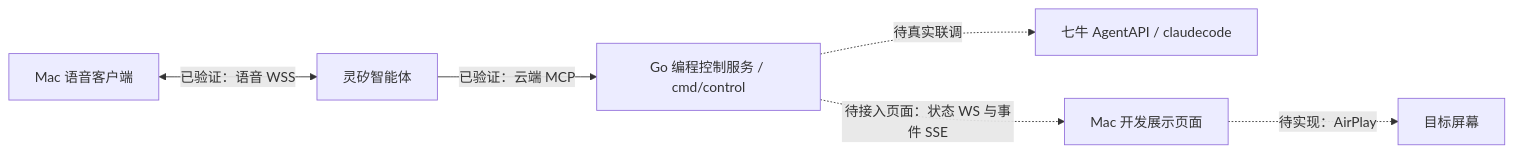
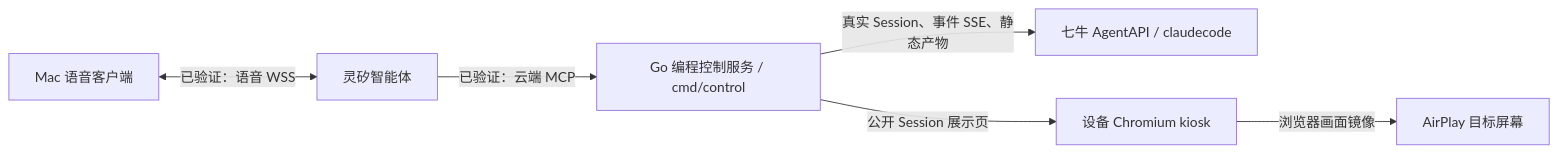
The third of 3 diagrams in docs/voice-connection-flow.md (wwcchh0123/hackathonGO-2026), drawn with Mermaid before and after one commit. The commit also changed other lines of this file and 20 other files, not shown here.

First line of the commit message:
feat: add Linxi device MCP AirPlay flow

````diff
--- a/docs/voice-connection-flow.md
+++ b/docs/voice-connection-flow.md
@@ -162,8 +162,8 @@
 ```mermaid
 flowchart LR
   Mac[Mac 语音客户端] <-->|已验证：语音 WSS| Linx[灵矽智能体]
   Linx -->|已验证：云端 MCP| Control[Go 编程控制服务 / cmd/control]
-  Control -.->|待真实联调| Agent[七牛 AgentAPI / claudecode]
-  Control -.->|待接入页面：状态 WS 与事件 SSE| Display[Mac 开发展示页面]
-  Display -.->|待实现：AirPlay| Screen[目标屏幕]
+  Control -->|真实 Session、事件 SSE、静态产物| Agent[七牛 AgentAPI / claudecode]
+  Control -->|公开 Session 展示页| Display[设备 Chromium kiosk]
+  Display -->|浏览器画面镜像| Screen[AirPlay 目标屏幕]
 ```
````
